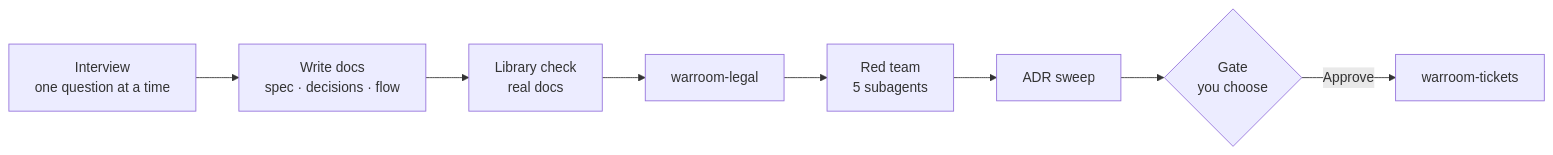
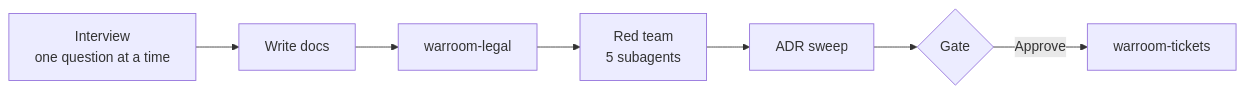
One commit to mousemouse094526/kiki-kit changed the third of 8 diagrams in docs/flow.md. Above: the diagram before and after it, drawn with Mermaid. The commit also changed other lines of this file and 4 other files, not shown here.

First line of the commit message:
docs(flow): rewrite for the single upstream gate; trim build references

````diff
--- a/docs/flow.md
+++ b/docs/flow.md
@@ -85,14 +70,13 @@
 ```mermaid
 flowchart LR
     I["Interview<br/>one question at a time"]
-    DOC["Write docs<br/>spec · decisions · flow"]
-    LIB["Library check<br/>real docs"]
+    DOC["Write docs"]
     LG["warroom-legal"]
     RT["Red team<br/>5 subagents"]
     S["ADR sweep"]
-    G{"Gate<br/>you choose"}
+    G{"Gate"}
     TK["warroom-tickets"]
 
-    I --> DOC --> LIB --> LG --> RT --> S --> G
+    I --> DOC --> LG --> RT --> S --> G
     G -->|Approve| TK
 ```
````
